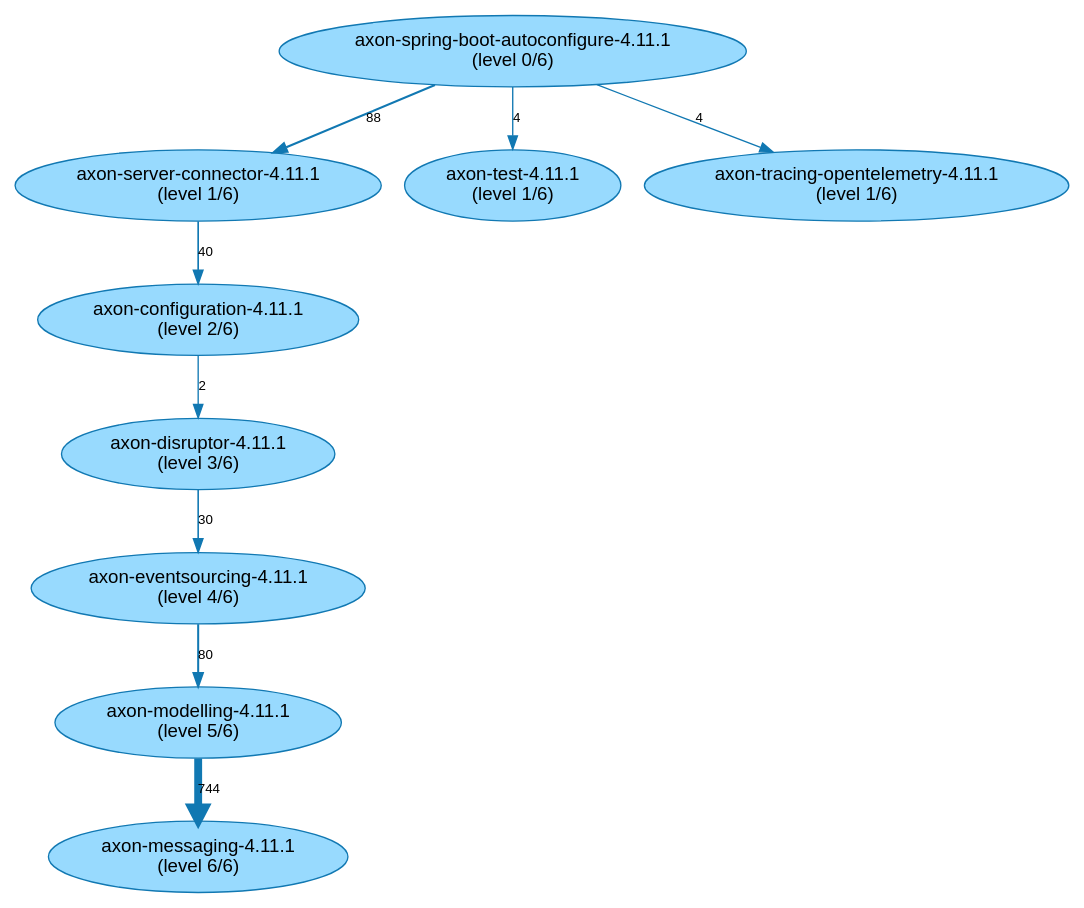
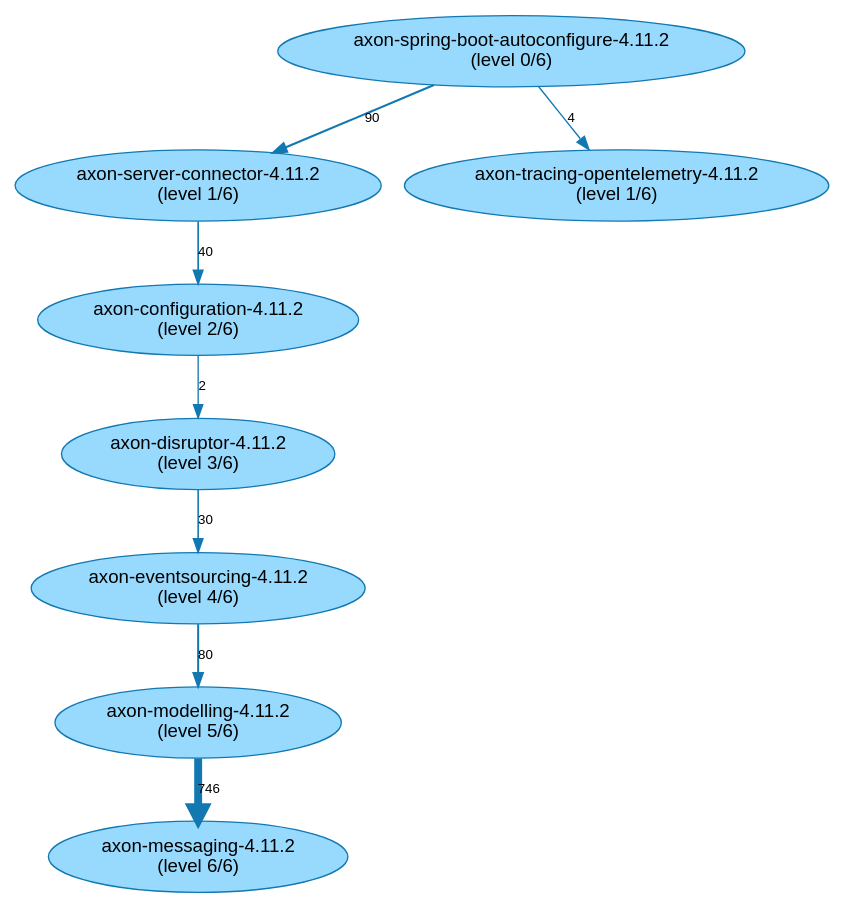
One commit to JohT/code-graph-analysis-examples changed the diagram in analysis-results/AxonFramework/latest/path-finding-visualization/JavaArtifactLongestPathsIsolated.gv. Above: the diagram before and after it, drawn with Graphviz. The commit also changed 433 other files, not shown here.

```diff
--- a/analysis-results/AxonFramework/latest/path-finding-visualization/JavaArtifactLongestPathsIsolated.gv
+++ b/analysis-results/AxonFramework/latest/path-finding-visualization/JavaArtifactLongestPathsIsolated.gv
@@ -1,32 +1,32 @@
 // This GraphViz dot file was generated by the script convertQueryResultCsvToGraphVizDotFile.sh with default.template
 
 strict digraph JavaArtifactLongestPathsIsolated {
     fontname = "Helvetica,Arial,sans-serif";
     node [fontname = "Helvetica,Arial,sans-serif";];
     edge [fontname = "Helvetica,Arial,sans-serif"; fontsize = 10;];
     node [style = filled; fillcolor = "0.560 0.400 0.999";];
     node [color = "0.560 0.900 0.700";];
     edge [color = "0.560 0.900 0.700";];
-	"axon-spring-boot-autoconfigure-4.11.1\n(level 0/6)" -> "axon-server-connector-4.11.1\n(level 1/6)" [label=88; penwidth=1.57; ];
-	"axon-server-connector-4.11.1\n(level 1/6)" -> "axon-configuration-4.11.1\n(level 2/6)" [label=40; penwidth=1.25; ];
-	"axon-configuration-4.11.1\n(level 2/6)" -> "axon-disruptor-4.11.1\n(level 3/6)" [label=2; penwidth=1.0; ];
-	"axon-disruptor-4.11.1\n(level 3/6)" -> "axon-eventsourcing-4.11.1\n(level 4/6)" [label=30; penwidth=1.19; ];
-	"axon-eventsourcing-4.11.1\n(level 4/6)" -> "axon-modelling-4.11.1\n(level 5/6)" [label=80; penwidth=1.52; ];
-	"axon-modelling-4.11.1\n(level 5/6)" -> "axon-messaging-4.11.1\n(level 6/6)" [label=744; penwidth=5.92; ];
-	"axon-spring-boot-autoconfigure-4.11.1\n(level 0/6)" -> "axon-server-connector-4.11.1\n(level 1/6)" [label=88; penwidth=1.57; ];
-	"axon-server-connector-4.11.1\n(level 1/6)" -> "axon-configuration-4.11.1\n(level 2/6)" [label=40; penwidth=1.25; ];
-	"axon-configuration-4.11.1\n(level 2/6)" -> "axon-disruptor-4.11.1\n(level 3/6)" [label=2; penwidth=1.0; ];
-	"axon-disruptor-4.11.1\n(level 3/6)" -> "axon-eventsourcing-4.11.1\n(level 4/6)" [label=30; penwidth=1.19; ];
-	"axon-eventsourcing-4.11.1\n(level 4/6)" -> "axon-modelling-4.11.1\n(level 5/6)" [label=80; penwidth=1.52; ];
-	"axon-server-connector-4.11.1\n(level 1/6)" -> "axon-configuration-4.11.1\n(level 2/6)" [label=40; penwidth=1.25; ];
-	"axon-configuration-4.11.1\n(level 2/6)" -> "axon-disruptor-4.11.1\n(level 3/6)" [label=2; penwidth=1.0; ];
-	"axon-disruptor-4.11.1\n(level 3/6)" -> "axon-eventsourcing-4.11.1\n(level 4/6)" [label=30; penwidth=1.19; ];
-	"axon-spring-boot-autoconfigure-4.11.1\n(level 0/6)" -> "axon-server-connector-4.11.1\n(level 1/6)" [label=88; penwidth=1.57; ];
-	"axon-server-connector-4.11.1\n(level 1/6)" -> "axon-configuration-4.11.1\n(level 2/6)" [label=40; penwidth=1.25; ];
-	"axon-configuration-4.11.1\n(level 2/6)" -> "axon-disruptor-4.11.1\n(level 3/6)" [label=2; penwidth=1.0; ];
-	"axon-spring-boot-autoconfigure-4.11.1\n(level 0/6)" -> "axon-server-connector-4.11.1\n(level 1/6)" [label=88; penwidth=1.57; ];
-	"axon-server-connector-4.11.1\n(level 1/6)" -> "axon-configuration-4.11.1\n(level 2/6)" [label=40; penwidth=1.25; ];
-	"axon-spring-boot-autoconfigure-4.11.1\n(level 0/6)" -> "axon-test-4.11.1\n(level 1/6)" [label=4; penwidth=1.01; ];
-	"axon-spring-boot-autoconfigure-4.11.1\n(level 0/6)" -> "axon-server-connector-4.11.1\n(level 1/6)" [label=88; penwidth=1.57; ];
-	"axon-spring-boot-autoconfigure-4.11.1\n(level 0/6)" -> "axon-tracing-opentelemetry-4.11.1\n(level 1/6)" [label=4; penwidth=1.01; ];
+	"axon-spring-boot-autoconfigure-4.11.2\n(level 0/6)" -> "axon-server-connector-4.11.2\n(level 1/6)" [label=90; penwidth=1.58; ];
+	"axon-server-connector-4.11.2\n(level 1/6)" -> "axon-configuration-4.11.2\n(level 2/6)" [label=40; penwidth=1.25; ];
+	"axon-configuration-4.11.2\n(level 2/6)" -> "axon-disruptor-4.11.2\n(level 3/6)" [label=2; penwidth=1.0; ];
+	"axon-disruptor-4.11.2\n(level 3/6)" -> "axon-eventsourcing-4.11.2\n(level 4/6)" [label=30; penwidth=1.19; ];
+	"axon-eventsourcing-4.11.2\n(level 4/6)" -> "axon-modelling-4.11.2\n(level 5/6)" [label=80; penwidth=1.52; ];
+	"axon-modelling-4.11.2\n(level 5/6)" -> "axon-messaging-4.11.2\n(level 6/6)" [label=746; penwidth=5.93; ];
+	"axon-spring-boot-autoconfigure-4.11.2\n(level 0/6)" -> "axon-server-connector-4.11.2\n(level 1/6)" [label=90; penwidth=1.58; ];
+	"axon-server-connector-4.11.2\n(level 1/6)" -> "axon-configuration-4.11.2\n(level 2/6)" [label=40; penwidth=1.25; ];
+	"axon-configuration-4.11.2\n(level 2/6)" -> "axon-disruptor-4.11.2\n(level 3/6)" [label=2; penwidth=1.0; ];
+	"axon-disruptor-4.11.2\n(level 3/6)" -> "axon-eventsourcing-4.11.2\n(level 4/6)" [label=30; penwidth=1.19; ];
+	"axon-eventsourcing-4.11.2\n(level 4/6)" -> "axon-modelling-4.11.2\n(level 5/6)" [label=80; penwidth=1.52; ];
+	"axon-spring-boot-autoconfigure-4.11.2\n(level 0/6)" -> "axon-server-connector-4.11.2\n(level 1/6)" [label=90; penwidth=1.58; ];
+	"axon-server-connector-4.11.2\n(level 1/6)" -> "axon-configuration-4.11.2\n(level 2/6)" [label=40; penwidth=1.25; ];
+	"axon-configuration-4.11.2\n(level 2/6)" -> "axon-disruptor-4.11.2\n(level 3/6)" [label=2; penwidth=1.0; ];
+	"axon-disruptor-4.11.2\n(level 3/6)" -> "axon-eventsourcing-4.11.2\n(level 4/6)" [label=30; penwidth=1.19; ];
+	"axon-spring-boot-autoconfigure-4.11.2\n(level 0/6)" -> "axon-server-connector-4.11.2\n(level 1/6)" [label=90; penwidth=1.58; ];
+	"axon-server-connector-4.11.2\n(level 1/6)" -> "axon-configuration-4.11.2\n(level 2/6)" [label=40; penwidth=1.25; ];
+	"axon-configuration-4.11.2\n(level 2/6)" -> "axon-disruptor-4.11.2\n(level 3/6)" [label=2; penwidth=1.0; ];
+	"axon-spring-boot-autoconfigure-4.11.2\n(level 0/6)" -> "axon-server-connector-4.11.2\n(level 1/6)" [label=90; penwidth=1.58; ];
+	"axon-server-connector-4.11.2\n(level 1/6)" -> "axon-configuration-4.11.2\n(level 2/6)" [label=40; penwidth=1.25; ];
+	"axon-spring-boot-autoconfigure-4.11.2\n(level 0/6)" -> "axon-server-connector-4.11.2\n(level 1/6)" [label=90; penwidth=1.58; ];
+	"axon-spring-boot-autoconfigure-4.11.2\n(level 0/6)" -> "axon-tracing-opentelemetry-4.11.2\n(level 1/6)" [label=4; penwidth=1.01; ];
 }
```
